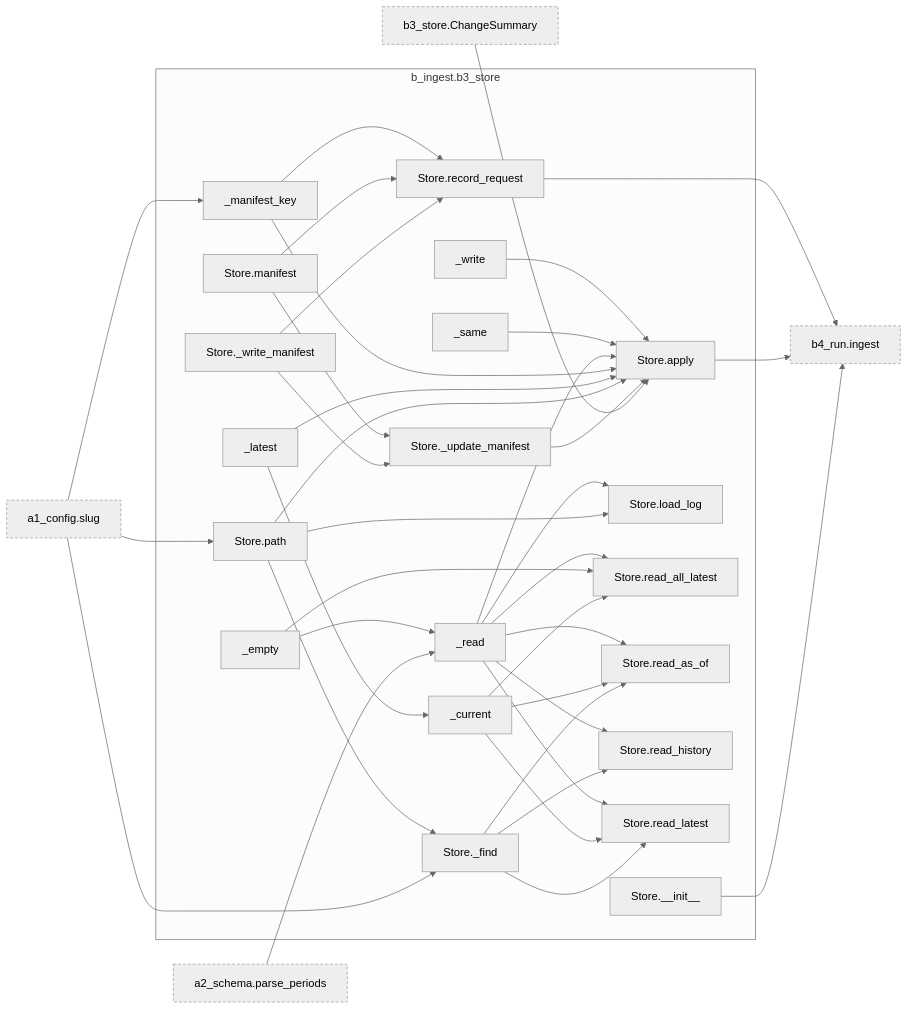
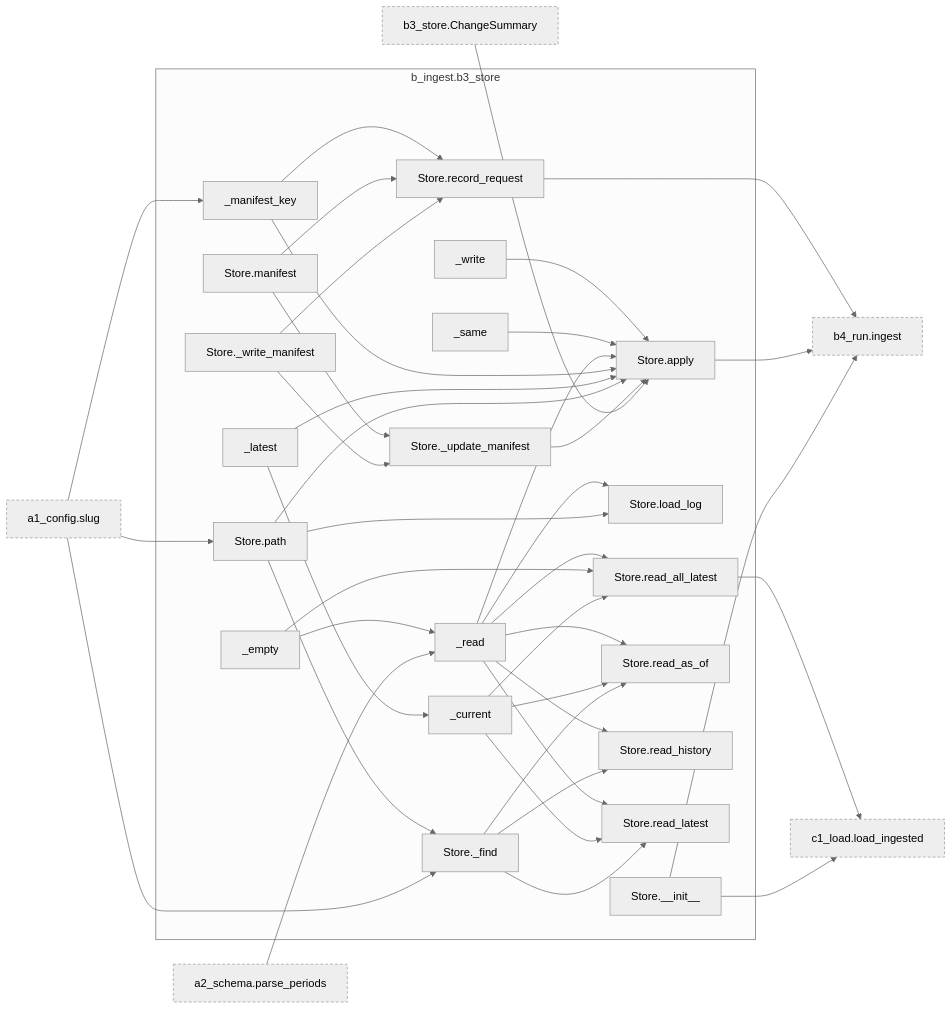
The eighth of 12 diagrams in docs/architecture.md (bsawyerg15/MacroScan), drawn with Mermaid (neutral theme) before and after one commit. The commit also changed other lines of this file and 9 other files, not shown here.

````diff
--- a/docs/architecture.md
+++ b/docs/architecture.md
@@ -554,6 +576,7 @@
   n_a_core_a2_schema_parse_periods["a2_schema.parse_periods"]:::ext
   n_b_ingest_b3_store_ChangeSummary["b3_store.ChangeSummary"]:::ext
   n_b_ingest_b4_run_ingest["b4_run.ingest"]:::ext
+  n_c_transform_c1_load_load_ingested["c1_load.load_ingested"]:::ext
   n_a_core_a1_config_slug --> n_b_ingest_b3_store_Store__find
   n_b_ingest_b3_store_Store_path --> n_b_ingest_b3_store_Store__find
   n_b_ingest_b3_store_Store__write_manifest --> n_b_ingest_b3_store_Store__update_manifest
@@ -590,6 +613,8 @@
   n_b_ingest_b3_store_Store___init__ --> n_b_ingest_b4_run_ingest
   n_b_ingest_b3_store_Store_apply --> n_b_ingest_b4_run_ingest
   n_b_ingest_b3_store_Store_record_request --> n_b_ingest_b4_run_ingest
+  n_b_ingest_b3_store_Store___init__ --> n_c_transform_c1_load_load_ingested
+  n_b_ingest_b3_store_Store_read_all_latest --> n_c_transform_c1_load_load_ingested
   click n_a_core_a1_config_slug href "#fn-a_core-a1_config-slug"
   click n_a_core_a2_schema_parse_periods href "#fn-a_core-a2_schema-parse_periods"
   click n_b_ingest_b3_store_ChangeSummary href "#cls-ChangeSummary"
@@ -614,5 +639,6 @@
   click n_b_ingest_b3_store__same href "#fn-b_ingest-b3_store-_same"
   click n_b_ingest_b3_store__write href "#fn-b_ingest-b3_store-_write"
   click n_b_ingest_b4_run_ingest href "#fn-b_ingest-b4_run-ingest"
+  click n_c_transform_c1_load_load_ingested href "#fn-c_transform-c1_load-load_ingested"
   classDef ext stroke-dasharray: 4 3
 ```
````
